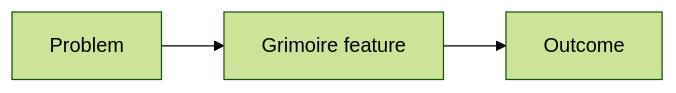
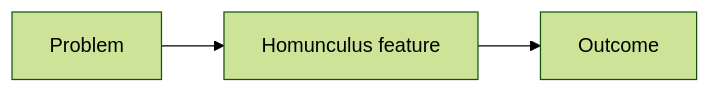
The diagram in docs/features/TEMPLATE.md (PhillypHenning/grimoire), drawn with Mermaid (forest theme) before and after one commit. The commit also changed other lines of this file and 178 other files, not shown here.

First line of the commit message:
Rename the suite from Grimoire to Homunculus (ADR 0010)

````diff
--- a/docs/features/TEMPLATE.md
+++ b/docs/features/TEMPLATE.md
@@ -16,4 +16,4 @@
 ```mermaid
 flowchart LR
-    A[Problem] --> B[Grimoire feature] --> C[Outcome]
+    A[Problem] --> B[Homunculus feature] --> C[Outcome]
 ```
````
